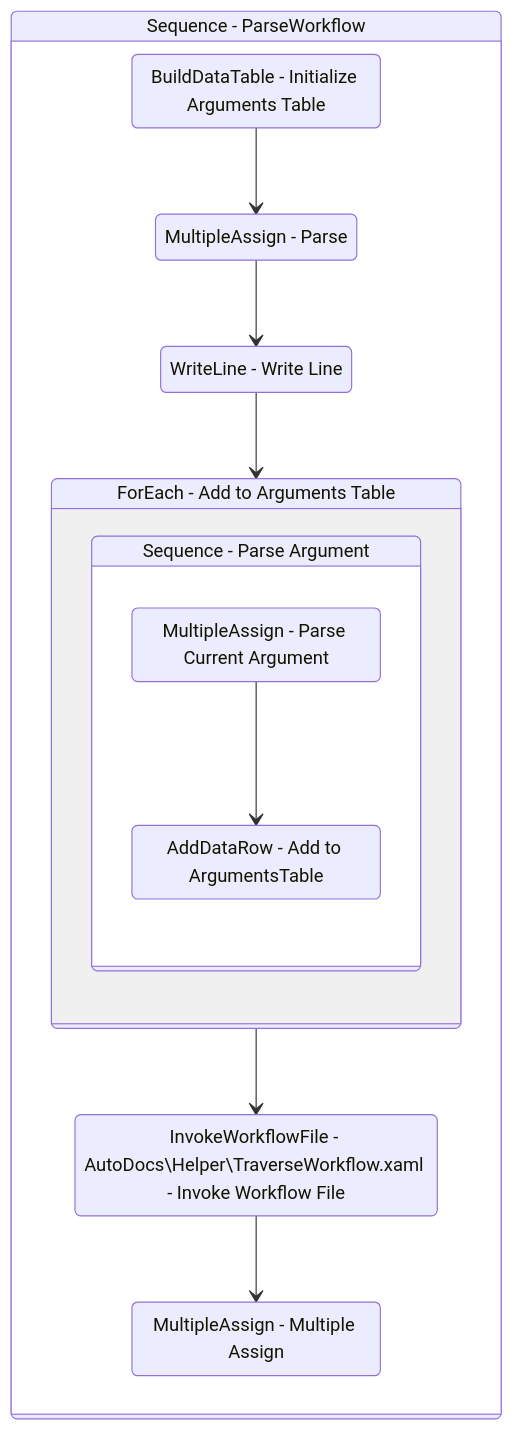
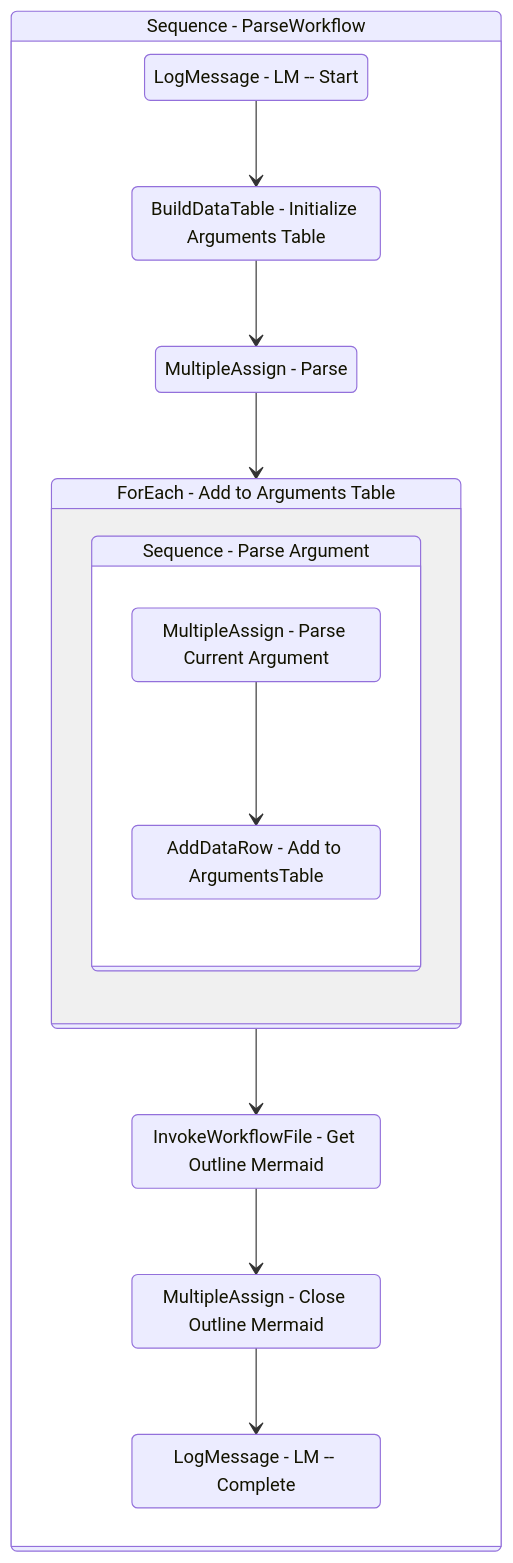
The diagram in Documentation/AutoDocs/ParseWorkflow.md (yashbrahmbhatt/LazyFramework), drawn with Mermaid before and after one commit. The commit also changed other lines of this file and 58 other files, not shown here.

````diff
--- a/Documentation/AutoDocs/ParseWorkflow.md
+++ b/Documentation/AutoDocs/ParseWorkflow.md
@@ -167,31 +148,33 @@
 ```mermaid
 stateDiagram-v2
 
 
 Sequence_1: Sequence - ParseWorkflow
 state Sequence_1 {
 direction TB
+LogMessage_1 : LogMessage - LM -- Start
 BuildDataTable_1 : BuildDataTable - Initialize Arguments Table
+LogMessage_1 --> BuildDataTable_1
 MultipleAssign_1 : MultipleAssign - Parse
 BuildDataTable_1 --> MultipleAssign_1
-WriteLine_1 : WriteLine - Write Line
-MultipleAssign_1 --> WriteLine_1
-WriteLine_1 --> ForEach1_1
+MultipleAssign_1 --> ForEach1_1
 ForEach1_1: ForEach - Add to Arguments Table
 state ForEach1_1 {
 direction TB
 
 Sequence_2: Sequence - Parse Argument
 state Sequence_2 {
 direction TB
 MultipleAssign_5 : MultipleAssign - Parse Current Argument
 AddDataRow_2 : AddDataRow - Add to ArgumentsTable
 MultipleAssign_5 --> AddDataRow_2
 }
 }
-InvokeWorkflowFile_1 : InvokeWorkflowFile - AutoDocs\\Helper\\TraverseWorkflow.xaml - Invoke Workflow File
+InvokeWorkflowFile_1 : InvokeWorkflowFile - Get Outline Mermaid
 ForEach1_1 --> InvokeWorkflowFile_1
-MultipleAssign_6 : MultipleAssign - Multiple Assign
+MultipleAssign_6 : MultipleAssign - Close Outline Mermaid
 InvokeWorkflowFile_1 --> MultipleAssign_6
+LogMessage_2 : LogMessage - LM -- Complete
+MultipleAssign_6 --> LogMessage_2
 }
 ```
````
